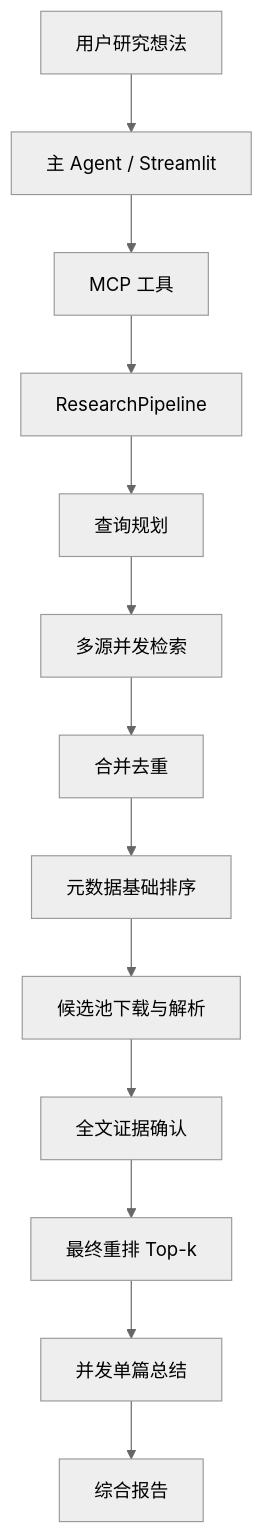
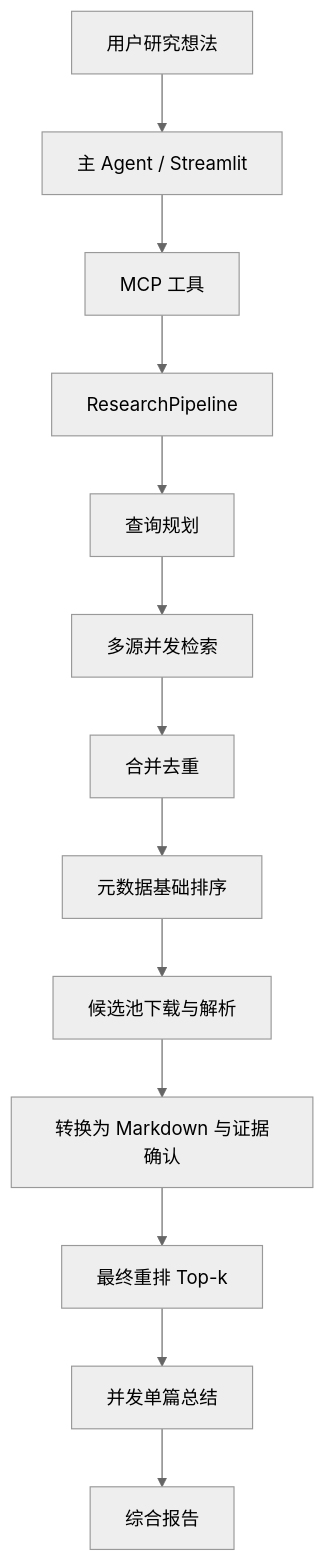
One commit to 13181713593/paper-research-agent changed the diagram in docs/ARCHITECTURE.md. Above: the diagram before and after it, drawn with Mermaid (neutral theme). The commit also changed 44 other files, not shown here.

````diff
--- a/docs/ARCHITECTURE.md
+++ b/docs/ARCHITECTURE.md
@@ -11,15 +11,15 @@
 ```mermaid
 flowchart TD
     U["用户研究想法"] --> H["主 Agent / Streamlit"]
     H --> M["MCP 工具"]
     M --> P["ResearchPipeline"]
     P --> Q["查询规划"]
     Q --> R["多源并发检索"]
     R --> D["合并去重"]
     D --> B["元数据基础排序"]
     B --> F["候选池下载与解析"]
-    F --> V["全文证据确认"]
+    F --> V["转换为 Markdown 与证据确认"]
     V --> K["最终重排 Top-k"]
     K --> S["并发单篇总结"]
     S --> G["综合报告"]
 ```
````
